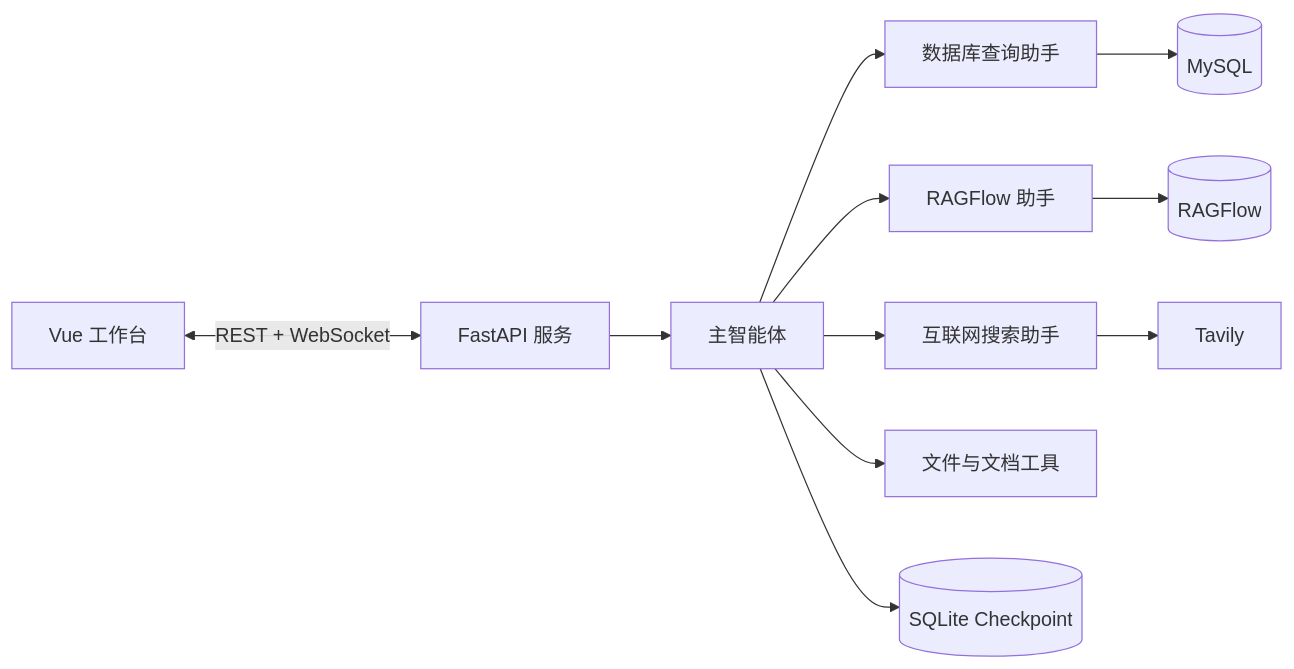
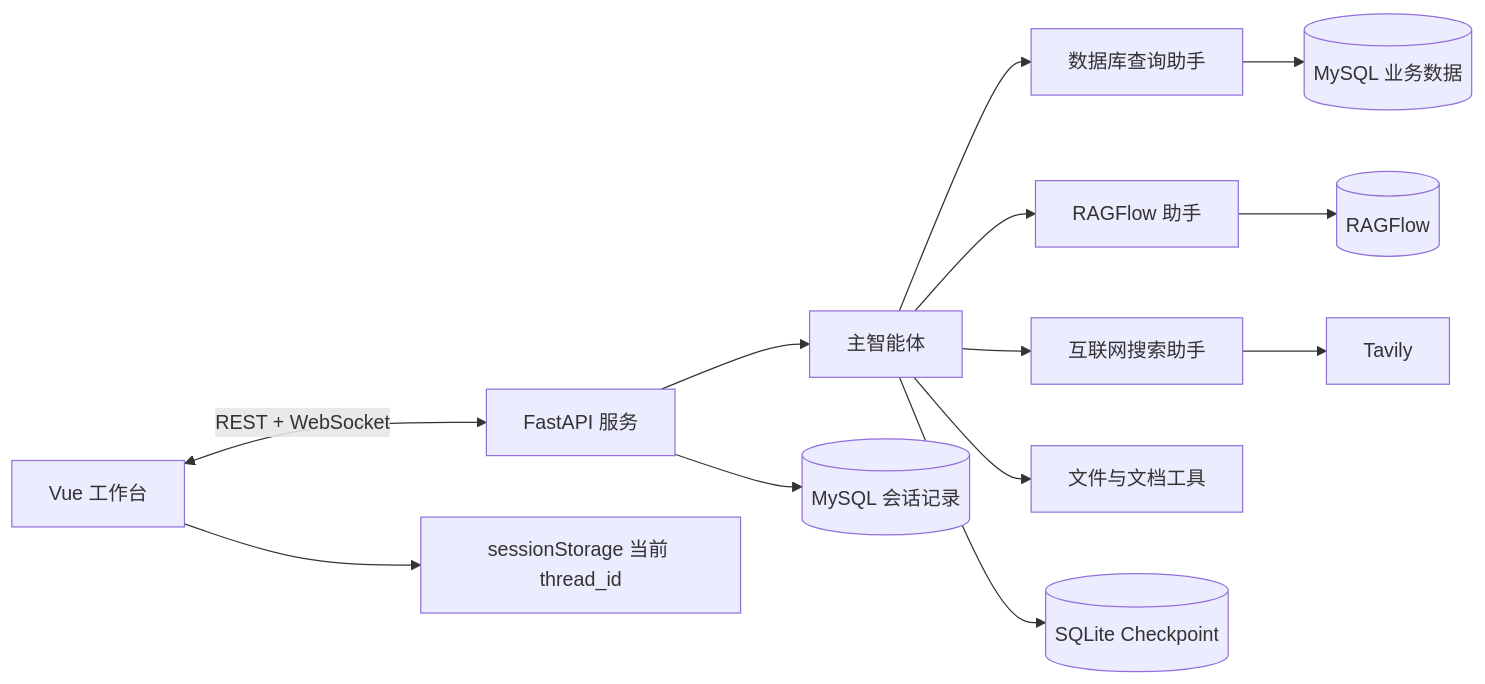
One commit to XiaoFeiCode/DeepResearchAgent changed the diagram in README.md. Above: the diagram before and after it, drawn with Mermaid. The commit also changed other lines of this file and 11 other files, not shown here.

Commit message:
Persist conversation history in MySQL

````diff
--- a/README.md
+++ b/README.md
@@ -72,13 +70,15 @@
 ```mermaid
 flowchart LR
     UI[Vue 工作台] <-->|REST + WebSocket| API[FastAPI 服务]
+    UI --> SESSION[sessionStorage 当前 thread_id]
     API --> MAIN[主智能体]
+    API --> HISTORY[(MySQL 会话记录)]
     MAIN --> DB[数据库查询助手]
     MAIN --> RAG[RAGFlow 助手]
     MAIN --> WEB[互联网搜索助手]
     MAIN --> DOC[文件与文档工具]
-    DB --> MYSQL[(MySQL)]
+    DB --> MYSQL[(MySQL 业务数据)]
     RAG --> RF[(RAGFlow)]
     WEB --> TAVILY[Tavily]
     MAIN --> MEMORY[(SQLite Checkpoint)]
 ```
````
